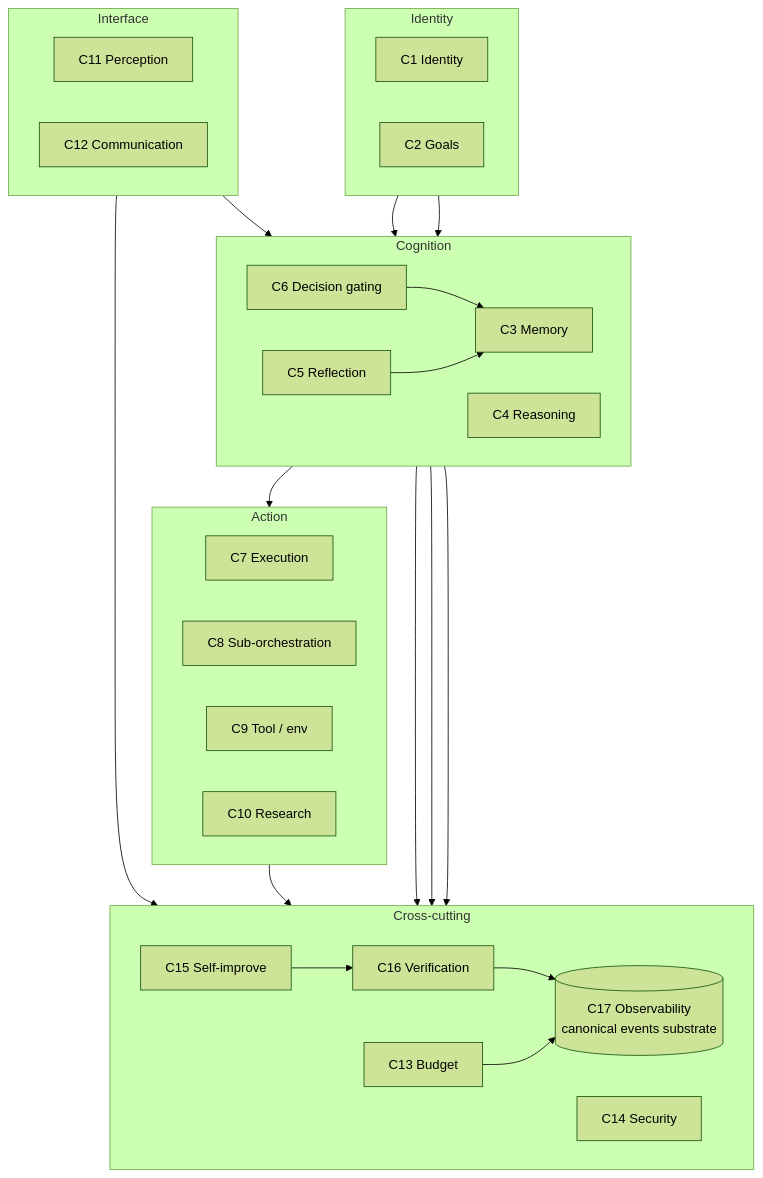
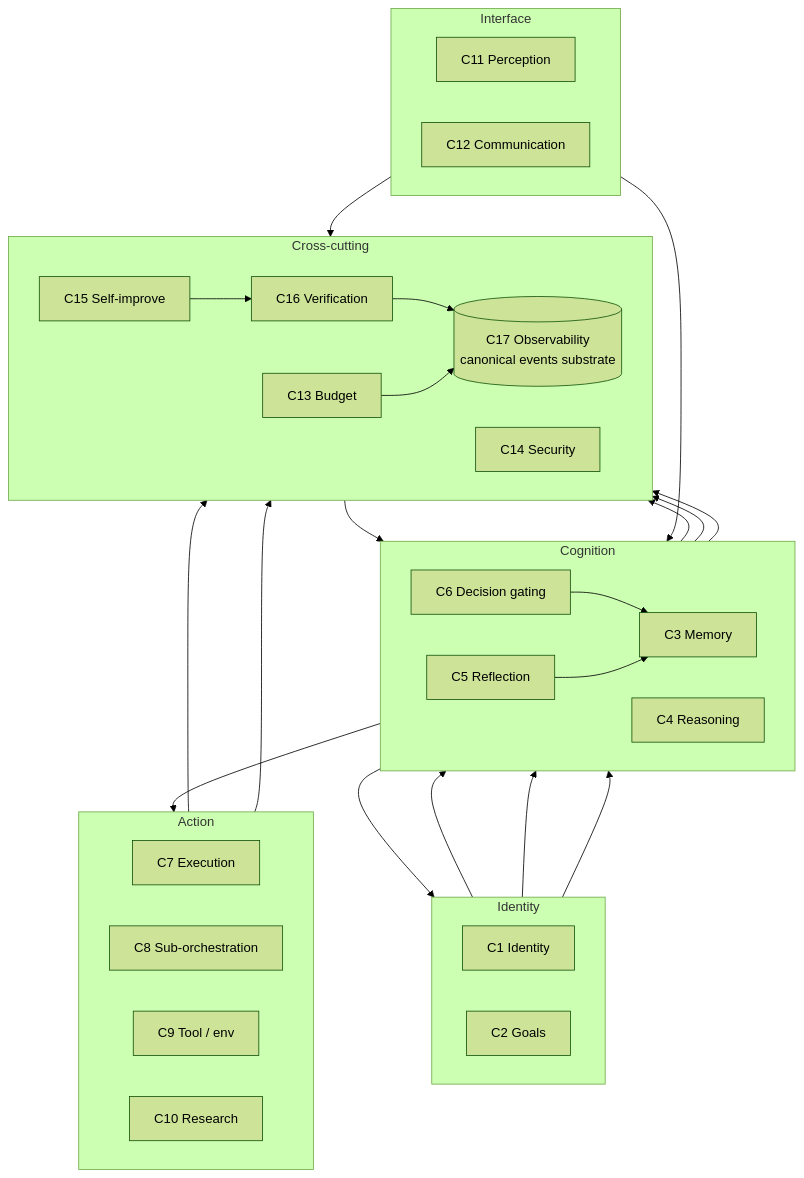
Before and after one commit to Osasuwu/jarvis: the third of 4 diagrams in docs/design/jarvis-architecture-c4.md, drawn with Mermaid (forest theme). The commit also changed other lines of this file and 7 other files, not shown here.

````diff
--- a/docs/design/jarvis-architecture-c4.md
+++ b/docs/design/jarvis-architecture-c4.md
@@ -99,54 +100,58 @@
 ```mermaid
 flowchart TB
     subgraph IDENT[Identity]
         direction LR
         c1[C1 Identity]
         c2[C2 Goals]
     end
 
     subgraph COG[Cognition]
         direction LR
         c3[C3 Memory]
         c4[C4 Reasoning]
         c5[C5 Reflection]
         c6[C6 Decision gating]
     end
 
     subgraph ACT[Action]
         direction LR
         c7[C7 Execution]
         c8[C8 Sub-orchestration]
         c9[C9 Tool / env]
         c10[C10 Research]
     end
 
     subgraph IFACE[Interface]
         direction LR
         c11[C11 Perception]
         c12[C12 Communication]
     end
 
     subgraph CROSS[Cross-cutting]
         direction LR
         c13[C13 Budget]
         c14[C14 Security]
         c15[C15 Self-improve]
         c16[C16 Verification]
         c17[(C17 Observability<br/>canonical events substrate)]
     end
 
     c1 --> c6
     c2 --> c5
+    c2 --> c6
+    c5 --> c2
     c11 --> c17
     c6 --> c17
     c6 --> c3
     c5 --> c17
     c5 --> c3
     c4 --> c10
     c4 --> c17
     c8 --> c17
+    c9 --> c17
     c16 --> c17
+    c16 --> c5
     c15 --> c16
     c13 --> c17
     c12 --> c6
 ```
````
